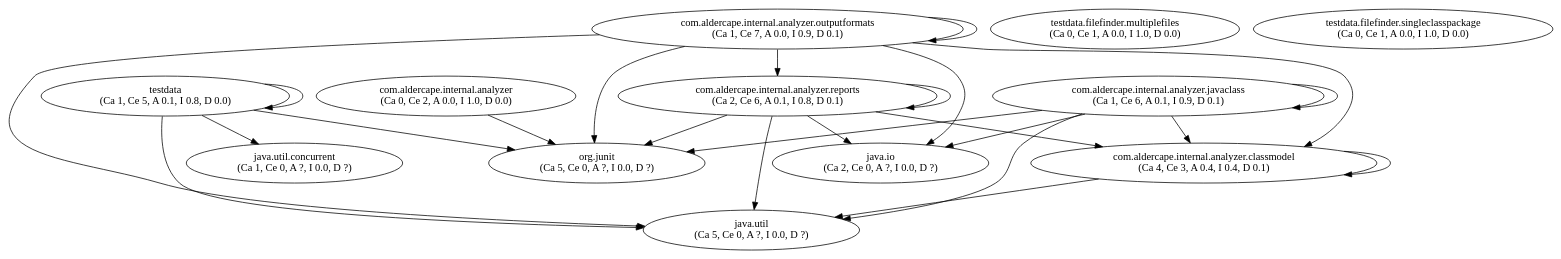
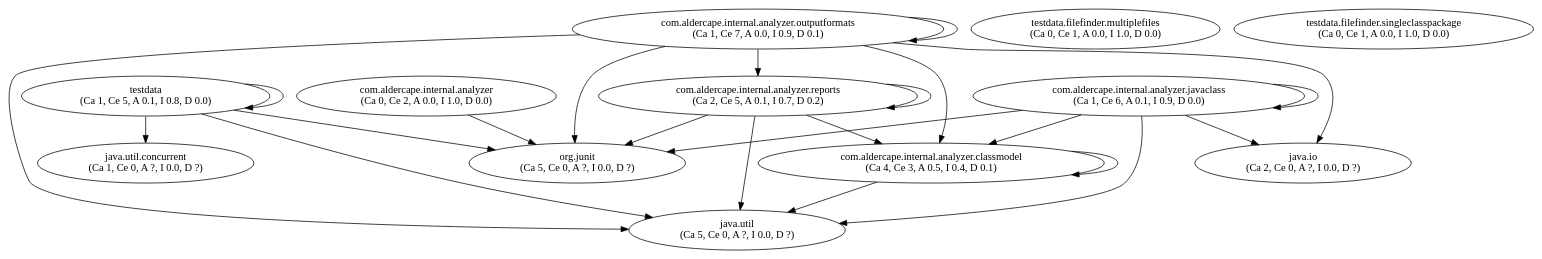
Before and after one commit to AlderCape/Analyzer: the diagram in project.dot, drawn with Graphviz. The commit also changed 21 other files, not shown here.

```diff
--- a/project.dot
+++ b/project.dot
@@ -1,37 +1,36 @@
 digraph G {
 "com.aldercape.internal.analyzer" [label="com.aldercape.internal.analyzer\n(Ca 0, Ce 2, A 0.0, I 1.0, D 0.0)"];
-"com.aldercape.internal.analyzer.classmodel" [label="com.aldercape.internal.analyzer.classmodel\n(Ca 4, Ce 3, A 0.4, I 0.4, D 0.1)"];
-"com.aldercape.internal.analyzer.javaclass" [label="com.aldercape.internal.analyzer.javaclass\n(Ca 1, Ce 6, A 0.1, I 0.9, D 0.1)"];
+"com.aldercape.internal.analyzer.classmodel" [label="com.aldercape.internal.analyzer.classmodel\n(Ca 4, Ce 3, A 0.5, I 0.4, D 0.1)"];
+"com.aldercape.internal.analyzer.javaclass" [label="com.aldercape.internal.analyzer.javaclass\n(Ca 1, Ce 6, A 0.1, I 0.9, D 0.0)"];
 "com.aldercape.internal.analyzer.outputformats" [label="com.aldercape.internal.analyzer.outputformats\n(Ca 1, Ce 7, A 0.0, I 0.9, D 0.1)"];
-"com.aldercape.internal.analyzer.reports" [label="com.aldercape.internal.analyzer.reports\n(Ca 2, Ce 6, A 0.1, I 0.8, D 0.1)"];
+"com.aldercape.internal.analyzer.reports" [label="com.aldercape.internal.analyzer.reports\n(Ca 2, Ce 5, A 0.1, I 0.7, D 0.2)"];
 "java.io" [label="java.io\n(Ca 2, Ce 0, A ?, I 0.0, D ?)"];
 "java.util" [label="java.util\n(Ca 5, Ce 0, A ?, I 0.0, D ?)"];
 "java.util.concurrent" [label="java.util.concurrent\n(Ca 1, Ce 0, A ?, I 0.0, D ?)"];
 "org.junit" [label="org.junit\n(Ca 5, Ce 0, A ?, I 0.0, D ?)"];
 "testdata" [label="testdata\n(Ca 1, Ce 5, A 0.1, I 0.8, D 0.0)"];
 "testdata.filefinder.multiplefiles" [label="testdata.filefinder.multiplefiles\n(Ca 0, Ce 1, A 0.0, I 1.0, D 0.0)"];
 "testdata.filefinder.singleclasspackage" [label="testdata.filefinder.singleclasspackage\n(Ca 0, Ce 1, A 0.0, I 1.0, D 0.0)"];
 "com.aldercape.internal.analyzer" -> "org.junit";
 "com.aldercape.internal.analyzer.classmodel" -> "com.aldercape.internal.analyzer.classmodel";
 "com.aldercape.internal.analyzer.classmodel" -> "java.util";
 "com.aldercape.internal.analyzer.javaclass" -> "com.aldercape.internal.analyzer.classmodel";
 "com.aldercape.internal.analyzer.javaclass" -> "com.aldercape.internal.analyzer.javaclass";
 "com.aldercape.internal.analyzer.javaclass" -> "java.io";
 "com.aldercape.internal.analyzer.javaclass" -> "java.util";
 "com.aldercape.internal.analyzer.javaclass" -> "org.junit";
 "com.aldercape.internal.analyzer.outputformats" -> "com.aldercape.internal.analyzer.classmodel";
 "com.aldercape.internal.analyzer.outputformats" -> "com.aldercape.internal.analyzer.outputformats";
 "com.aldercape.internal.analyzer.outputformats" -> "com.aldercape.internal.analyzer.reports";
 "com.aldercape.internal.analyzer.outputformats" -> "java.io";
 "com.aldercape.internal.analyzer.outputformats" -> "java.util";
 "com.aldercape.internal.analyzer.outputformats" -> "org.junit";
 "com.aldercape.internal.analyzer.reports" -> "com.aldercape.internal.analyzer.classmodel";
 "com.aldercape.internal.analyzer.reports" -> "com.aldercape.internal.analyzer.reports";
-"com.aldercape.internal.analyzer.reports" -> "java.io";
 "com.aldercape.internal.analyzer.reports" -> "java.util";
 "com.aldercape.internal.analyzer.reports" -> "org.junit";
 "testdata" -> "java.util";
 "testdata" -> "java.util.concurrent";
 "testdata" -> "org.junit";
 "testdata" -> "testdata";
 }
```
